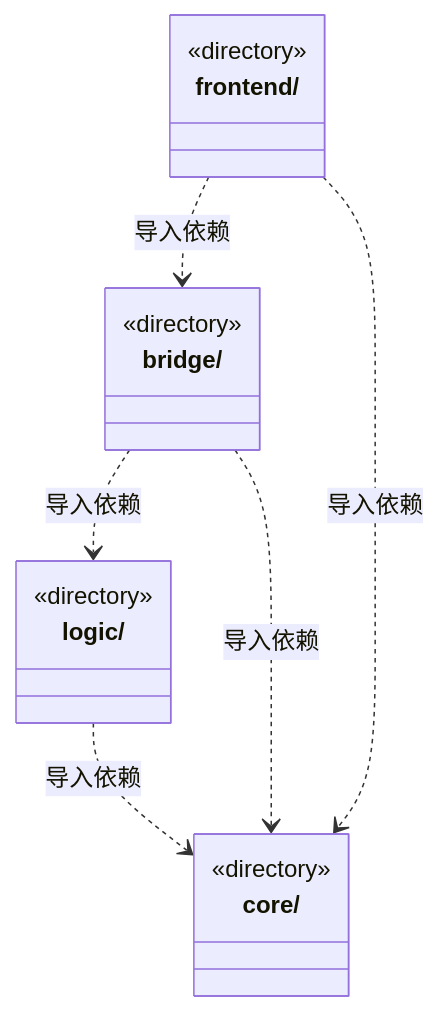
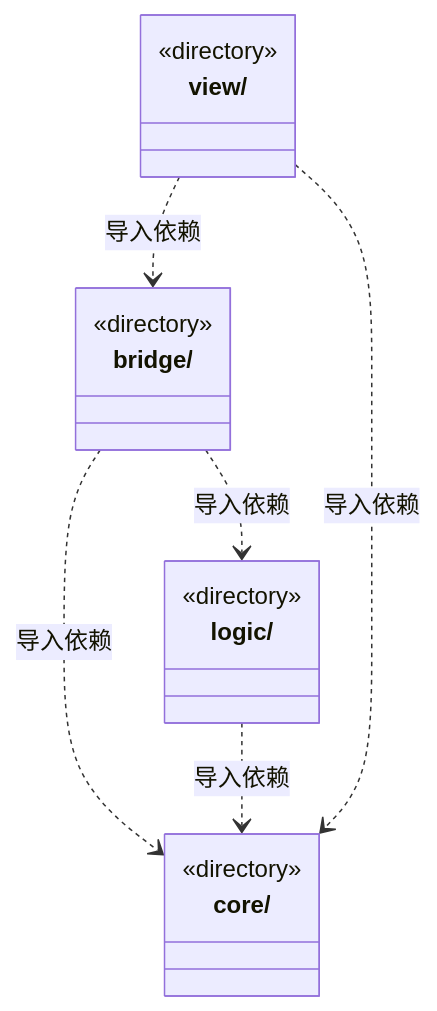
Before and after one commit to nan023062/cbim: the diagram in src/ARCHITECTURE.md, drawn with Mermaid. The commit also changed other lines of this file and 409 other files, not shown here.

````diff
--- a/src/ARCHITECTURE.md
+++ b/src/ARCHITECTURE.md
@@ -15,20 +15,20 @@
 ```mermaid
 classDiagram
 class N_src_bridge["bridge/"] {
   <<directory>>
 }
 class N_src_core["core/"] {
   <<directory>>
 }
-class N_src_frontend["frontend/"] {
+class N_src_logic["logic/"] {
   <<directory>>
 }
-class N_src_logic["logic/"] {
+class N_src_view["view/"] {
   <<directory>>
 }
 N_src_bridge ..> N_src_logic : 导入依赖
 N_src_bridge ..> N_src_core : 导入依赖
-N_src_frontend ..> N_src_bridge : 导入依赖
-N_src_frontend ..> N_src_core : 导入依赖
 N_src_logic ..> N_src_core : 导入依赖
+N_src_view ..> N_src_bridge : 导入依赖
+N_src_view ..> N_src_core : 导入依赖
 ```
````
